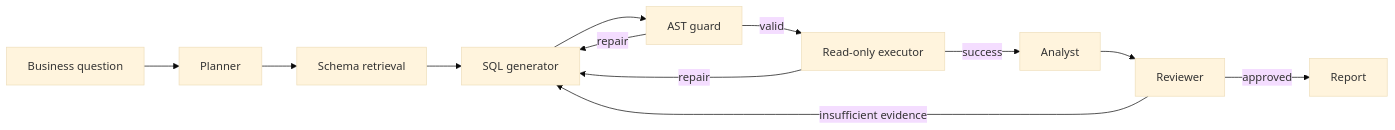
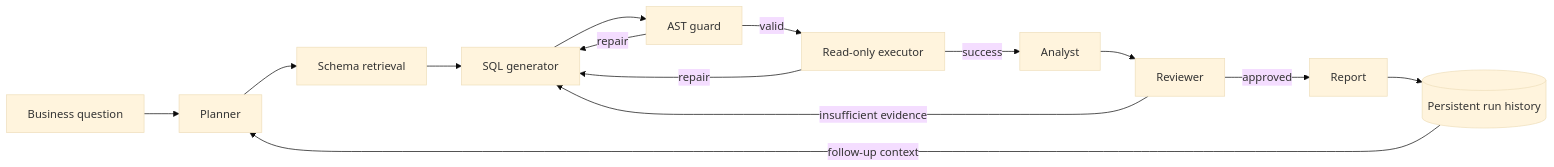
One commit to Miyushen/ai changed the diagram in README.md. Above: the diagram before and after it, drawn with Mermaid (base theme). The commit also changed other lines of this file and 21 other files, not shown here.

````diff
--- a/README.md
+++ b/README.md
@@ -13,14 +15,16 @@
 ```mermaid
 flowchart LR
     U[Business question] --> P[Planner]
     P --> S[Schema retrieval]
     S --> Q[SQL generator]
     Q --> G[AST guard]
     G -->|valid| E[Read-only executor]
     G -->|repair| Q
     E -->|success| A[Analyst]
     E -->|repair| Q
     A --> R[Reviewer]
     R -->|approved| O[Report]
     R -->|insufficient evidence| Q
+    O --> H[(Persistent run history)]
+    H -->|follow-up context| P
 ```
````
